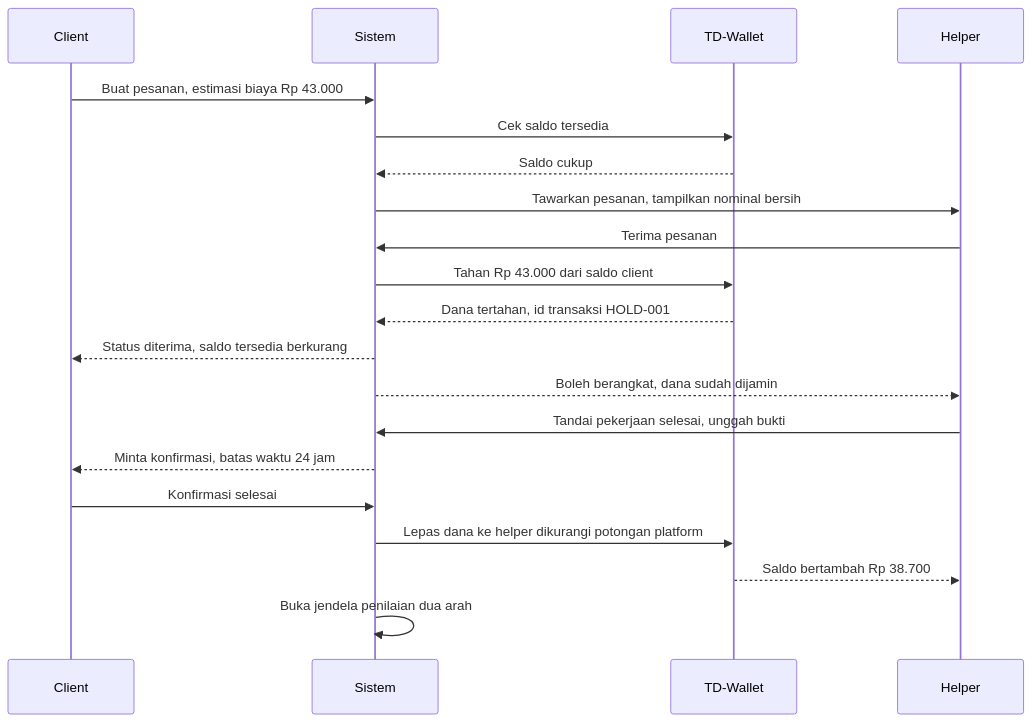
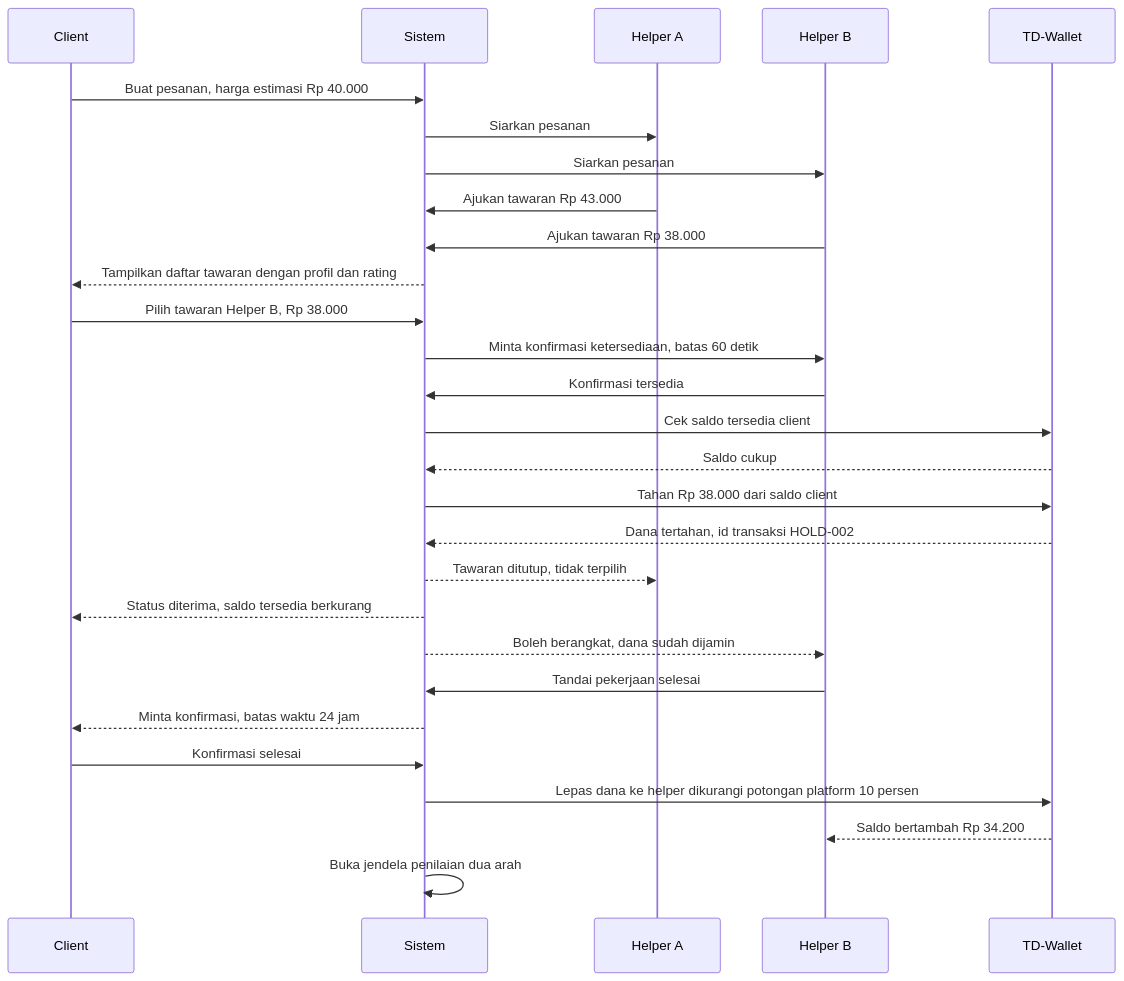
One commit to Davi-ARD/tolongindong-docs changed the first of 2 diagrams in 04_dual-role-transaction-analysis.md. Above: the diagram before and after it, drawn with Mermaid. The commit also changed other lines of this file and 10 other files, not shown here.

Commit message:
docs: perbarui dokumentasi SA minggu 1 (keputusan, alur kerja, draf ERD & API contract)

````diff
--- a/04_dual-role-transaction-analysis.md
+++ b/04_dual-role-transaction-analysis.md
@@ -39,23 +41,31 @@
 ```mermaid
 sequenceDiagram
     participant C as Client
     participant S as Sistem
+    participant H1 as Helper A
+    participant H2 as Helper B
     participant W as TD-Wallet
-    participant H as Helper
 
-    C->>S: Buat pesanan, estimasi biaya Rp 43.000
-    S->>W: Cek saldo tersedia
+    C->>S: Buat pesanan, harga estimasi Rp 40.000
+    S->>H1: Siarkan pesanan
+    S->>H2: Siarkan pesanan
+    H1->>S: Ajukan tawaran Rp 43.000
+    H2->>S: Ajukan tawaran Rp 38.000
+    S-->>C: Tampilkan daftar tawaran dengan profil dan rating
+    C->>S: Pilih tawaran Helper B, Rp 38.000
+    S->>H2: Minta konfirmasi ketersediaan, batas 60 detik
+    H2->>S: Konfirmasi tersedia
+    S->>W: Cek saldo tersedia client
     W-->>S: Saldo cukup
-    S->>H: Tawarkan pesanan, tampilkan nominal bersih
-    H->>S: Terima pesanan
-    S->>W: Tahan Rp 43.000 dari saldo client
-    W-->>S: Dana tertahan, id transaksi HOLD-001
+    S->>W: Tahan Rp 38.000 dari saldo client
+    W-->>S: Dana tertahan, id transaksi HOLD-002
+    S-->>H1: Tawaran ditutup, tidak terpilih
     S-->>C: Status diterima, saldo tersedia berkurang
-    S-->>H: Boleh berangkat, dana sudah dijamin
-    H->>S: Tandai pekerjaan selesai, unggah bukti
+    S-->>H2: Boleh berangkat, dana sudah dijamin
+    H2->>S: Tandai pekerjaan selesai
     S-->>C: Minta konfirmasi, batas waktu 24 jam
     C->>S: Konfirmasi selesai
-    S->>W: Lepas dana ke helper dikurangi potongan platform
-    W-->>H: Saldo bertambah Rp 38.700
+    S->>W: Lepas dana ke helper dikurangi potongan platform 10 persen
+    W-->>H2: Saldo bertambah Rp 34.200
     S->>S: Buka jendela penilaian dua arah
 ```
````
